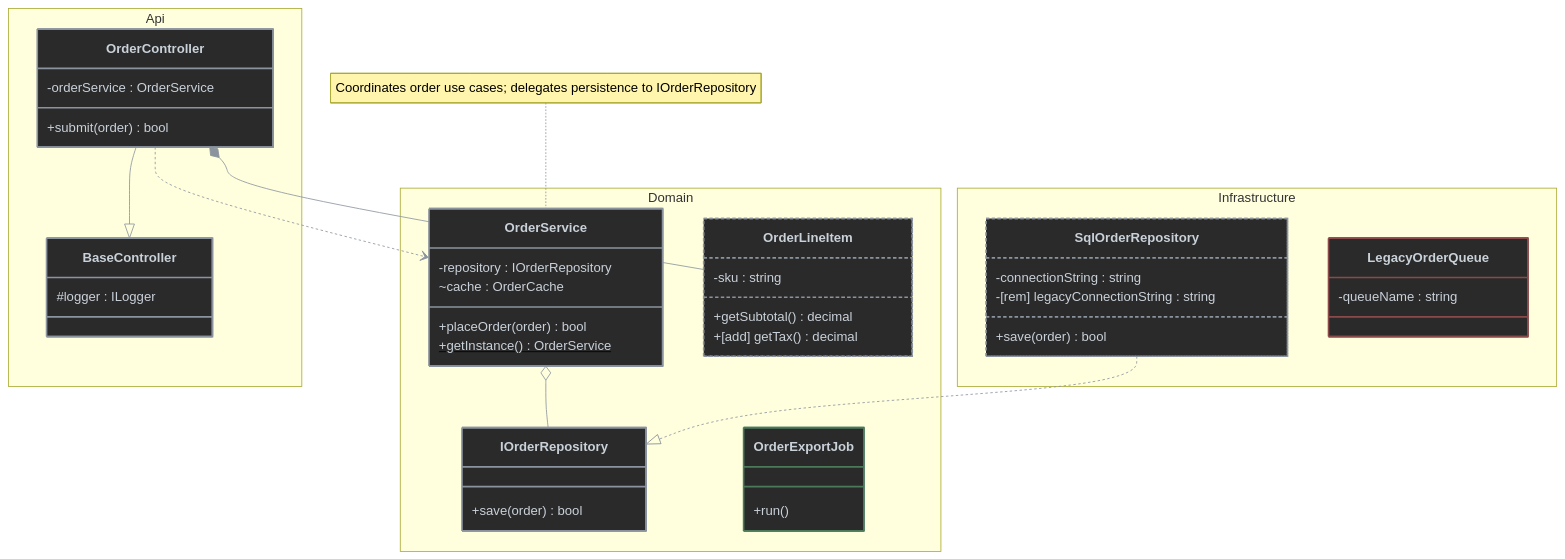
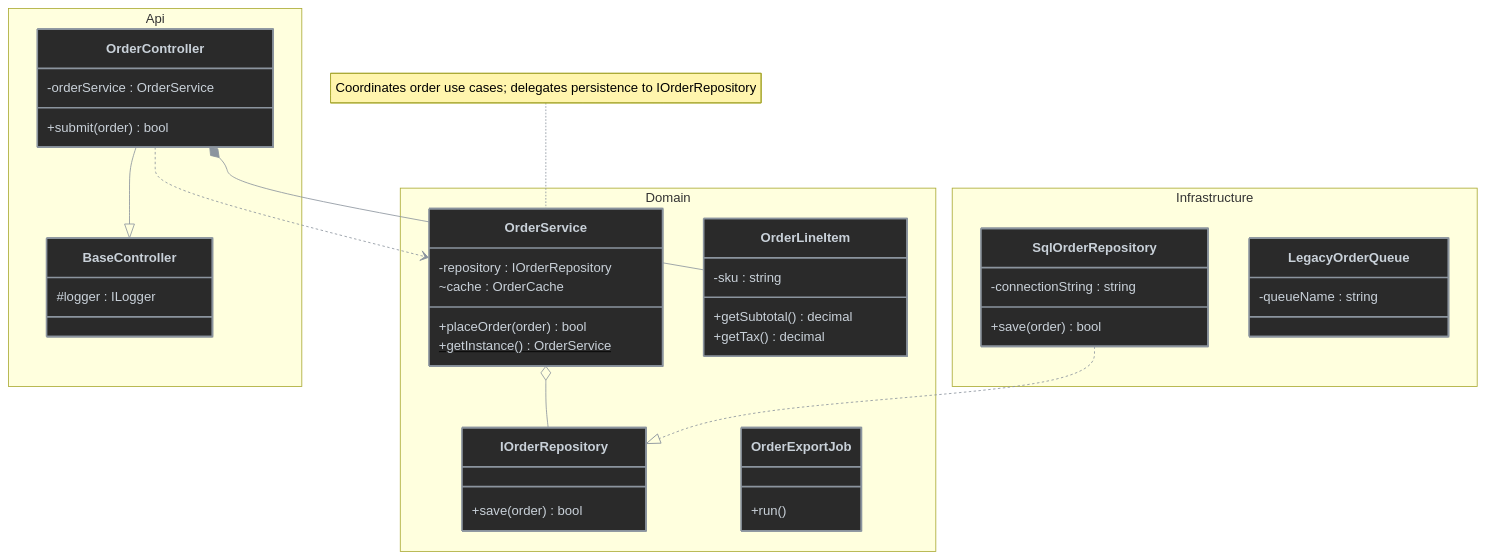
One commit to antshc/brain changed the diagram in plugins/wf/skills/to-diagram/assets/class-diagram-example.md. Above: the diagram before and after it, drawn with Mermaid.

Commit message:
docs: keep class diagram example on base palette

````diff
--- a/plugins/wf/skills/to-diagram/assets/class-diagram-example.md
+++ b/plugins/wf/skills/to-diagram/assets/class-diagram-example.md
@@ -6,55 +6,51 @@
 ```mermaid
 %%{init: {'themeVariables': {'lineColor': '#8b949e'}}}%%
 classDiagram
     namespace Api {
         class BaseController {
             #logger : ILogger
         }
         class OrderController {
             -orderService : OrderService
             +submit(order) bool
         }
     }
     namespace Domain {
         class OrderService {
             -repository : IOrderRepository
             ~cache : OrderCache
             +placeOrder(order) bool
             +getInstance() OrderService$
         }
-        class OrderLineItem:::memberChanged {
+        class OrderLineItem {
             -sku : string
             +getSubtotal() decimal
-            +[add] getTax() decimal
+            +getTax() decimal
         }
         class IOrderRepository {
             +save(order) bool
         }
-        class OrderExportJob:::added {
+        class OrderExportJob {
             +run()
         }
     }
     namespace Infrastructure {
-        class SqlOrderRepository:::memberChanged {
+        class SqlOrderRepository {
             -connectionString : string
-            -[rem] legacyConnectionString : string
             +save(order) bool
         }
-        class LegacyOrderQueue:::removed {
+        class LegacyOrderQueue {
             -queueName : string
         }
     }
 
     OrderController --|> BaseController
     OrderController *-- OrderLineItem
     OrderService o-- IOrderRepository
     SqlOrderRepository ..|> IOrderRepository
     OrderController ..> OrderService
 
     note for OrderService "Coordinates order use cases; delegates persistence to IOrderRepository"
 
     classDef default fill:#2a2a2a,stroke:#8b949e,color:#c9d1d9,stroke-width:2px
-    classDef added stroke:#4a7a5a,stroke-width:2px
-    classDef removed stroke:#8a4a4a,stroke-width:2px
-    classDef memberChanged stroke:#8b949e,stroke-width:2px,stroke-dasharray: 4 3
 ```
````
